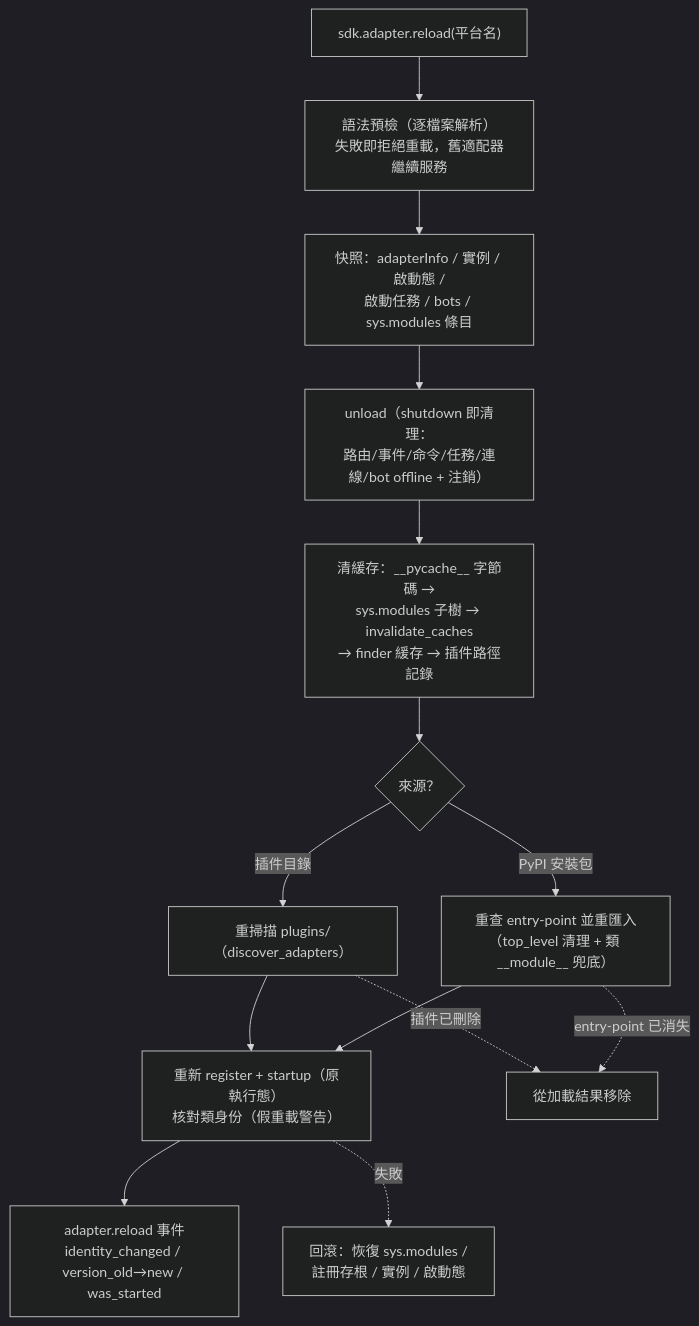
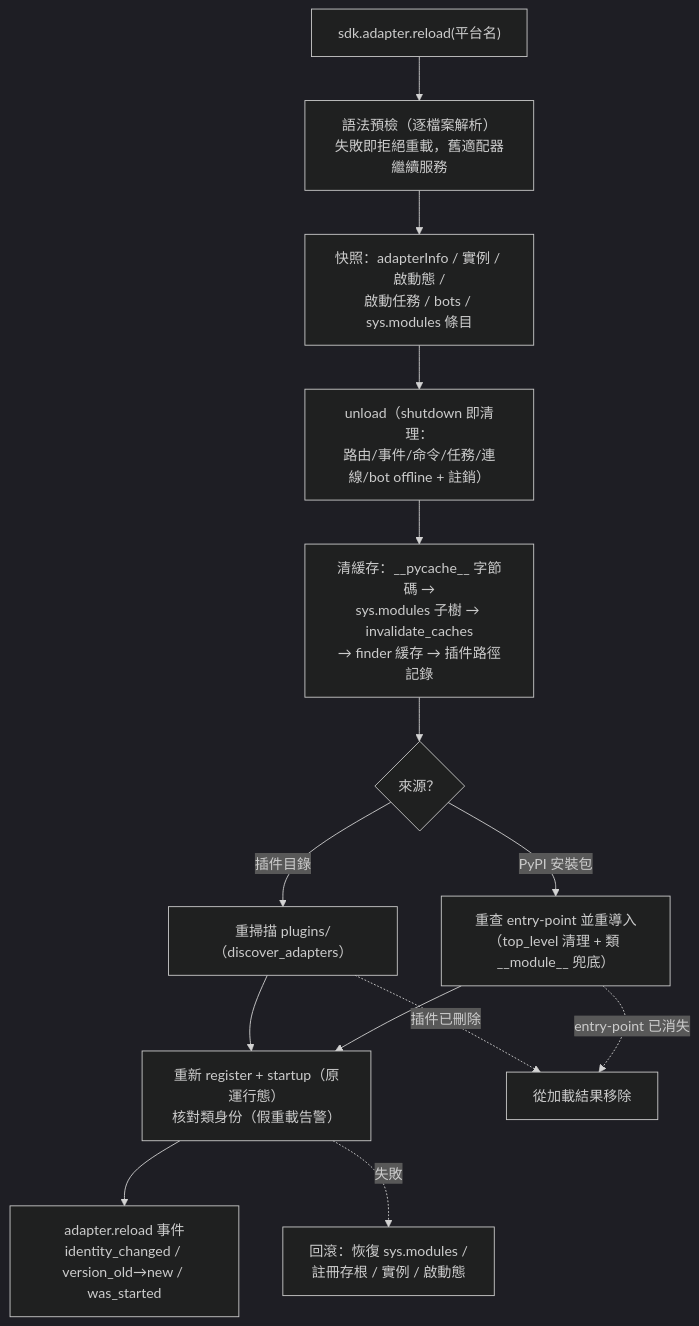
One commit to ErisPulse/ErisPulse changed the tenth of 10 diagrams in docs/zh-TW/architecture.md. Above: the diagram before and after it, drawn with Mermaid (dark theme). The commit also changed other lines of this file and 828 other files, not shown here.

````diff
--- a/docs/zh-TW/architecture.md
+++ b/docs/zh-TW/architecture.md
@@ -328,16 +331,16 @@
 ```mermaid
 flowchart TD
     A["sdk.adapter.reload(平台名)"] --> B["語法預檢（逐檔案解析）<br/>失敗即拒絕重載，舊適配器繼續服務"]
     B --> C["快照：adapterInfo / 實例 / 啟動態 /<br/>啟動任務 / bots / sys.modules 條目"]
-    C --> D["unload（shutdown 即清理：<br/>路由/事件/命令/任務/連線/bot offline + 注銷）"]
+    C --> D["unload（shutdown 即清理：<br/>路由/事件/命令/任務/連線/bot offline + 註銷）"]
     D --> E["清緩存：__pycache__ 字節碼 →<br/>sys.modules 子樹 → invalidate_caches<br/>→ finder 緩存 → 插件路徑記錄"]
     E --> F{"來源？"}
     F -->|"插件目錄"| G["重掃描 plugins/（discover_adapters）"]
-    F -->|"PyPI 安裝包"| H["重查 entry-point 並重匯入<br/>（top_level 清理 + 類 __module__ 兜底）"]
-    G --> I["重新 register + startup（原執行態）<br/>核對類身份（假重載警告）"]
+    F -->|"PyPI 安裝包"| H["重查 entry-point 並重導入<br/>（top_level 清理 + 類 __module__ 兜底）"]
+    G --> I["重新 register + startup（原運行態）<br/>核對類身份（假重載告警）"]
     H --> I
     I --> J["adapter.reload 事件<br/>identity_changed / version_old→new / was_started"]
     G -.->|"插件已刪除"| K["從加載結果移除"]
     H -.->|"entry-point 已消失"| K
     I -.->|"失敗"| L["回滾：恢復 sys.modules /<br/>註冊存根 / 實例 / 啟動態"]
 ```
````
